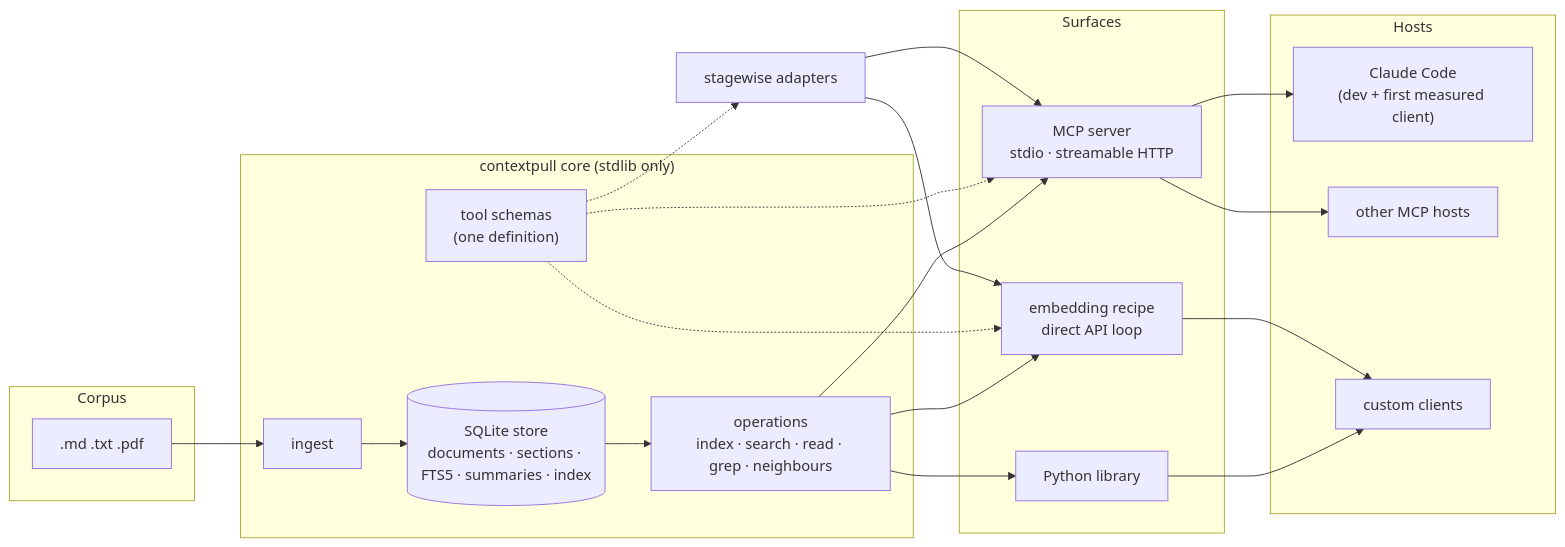
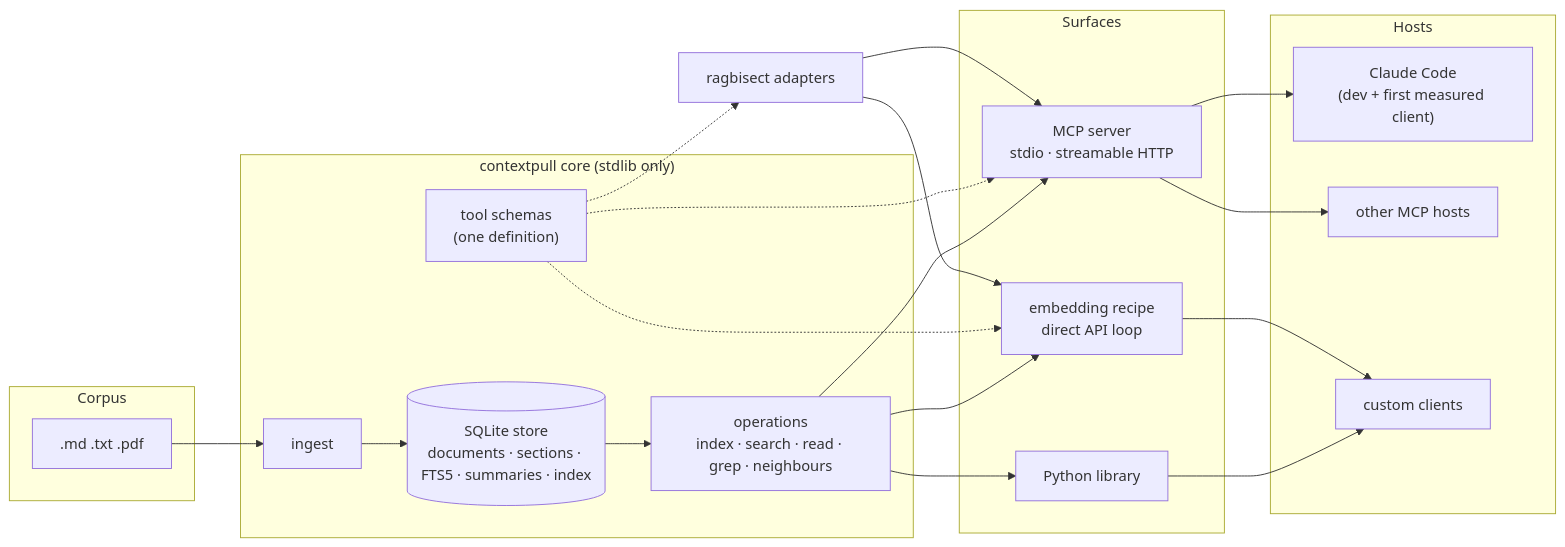
One commit to mi2arun/contextpull changed the first of 3 diagrams in docs/architecture.md. Above: the diagram before and after it, drawn with Mermaid. The commit also changed other lines of this file and 15 other files, not shown here.

Commit message:
Rename companion references: stagewise is now ragbisect

````diff
--- a/docs/architecture.md
+++ b/docs/architecture.md
@@ -5,31 +5,31 @@
 ```mermaid
 flowchart LR
   subgraph corpus[Corpus]
     F[".md .txt .pdf"]
   end
   subgraph core["contextpull core (stdlib only)"]
     I[ingest] --> S[(SQLite store<br/>documents · sections · FTS5 · summaries · index)]
     S --> OPS["operations<br/>index · search · read · grep · neighbours"]
     T["tool schemas<br/>(one definition)"]
   end
   subgraph surfaces[Surfaces]
     LIB["Python library"]
     MCP["MCP server<br/>stdio · streamable HTTP"]
     REC["embedding recipe<br/>direct API loop"]
   end
   subgraph hosts[Hosts]
     CC["Claude Code<br/>(dev + first measured client)"]
     OH["other MCP hosts"]
     CUST["custom clients"]
   end
   F --> I
   OPS --> LIB --> CUST
   OPS --> MCP --> CC
   MCP --> OH
   OPS --> REC --> CUST
   T -.-> MCP
   T -.-> REC
   T -.-> EV
-  EV["stagewise adapters"] --> MCP
+  EV["ragbisect adapters"] --> MCP
   EV --> REC
 ```
````
